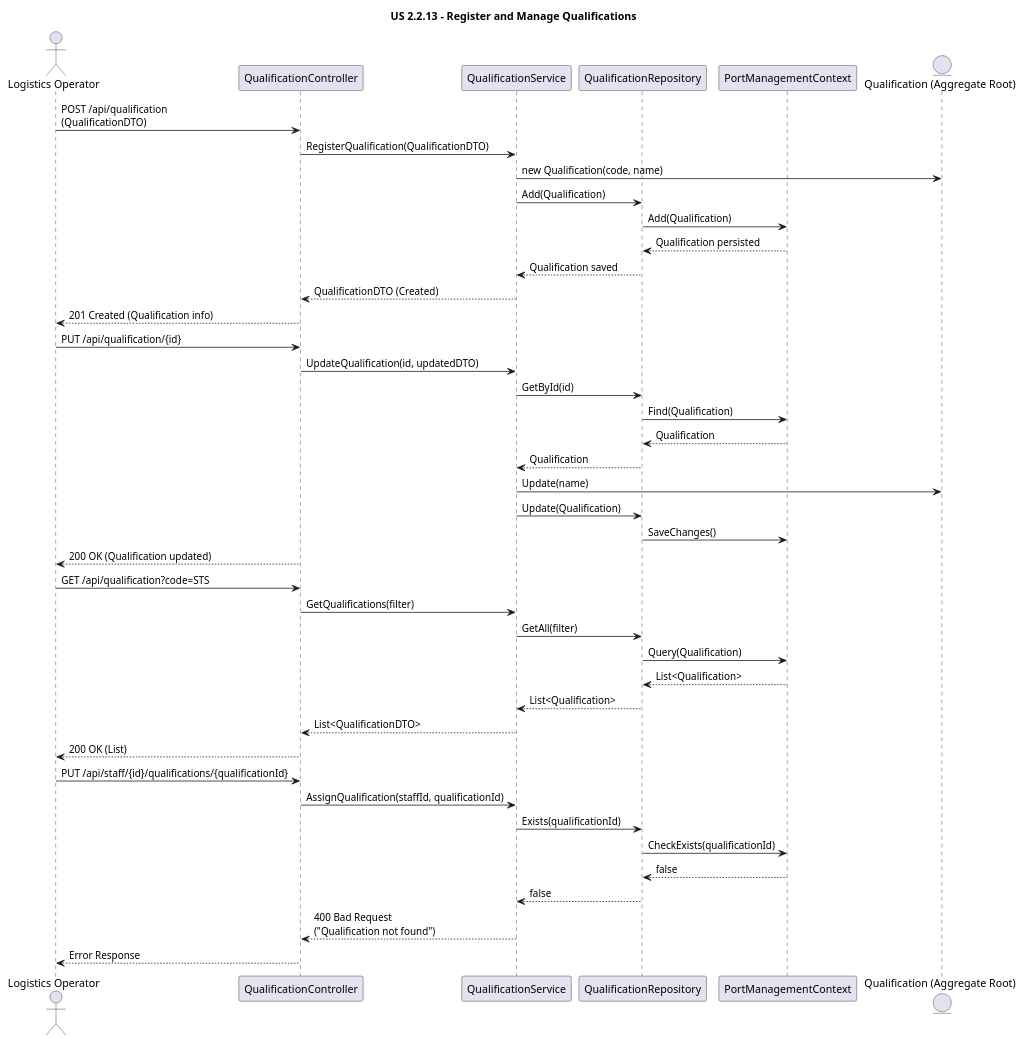
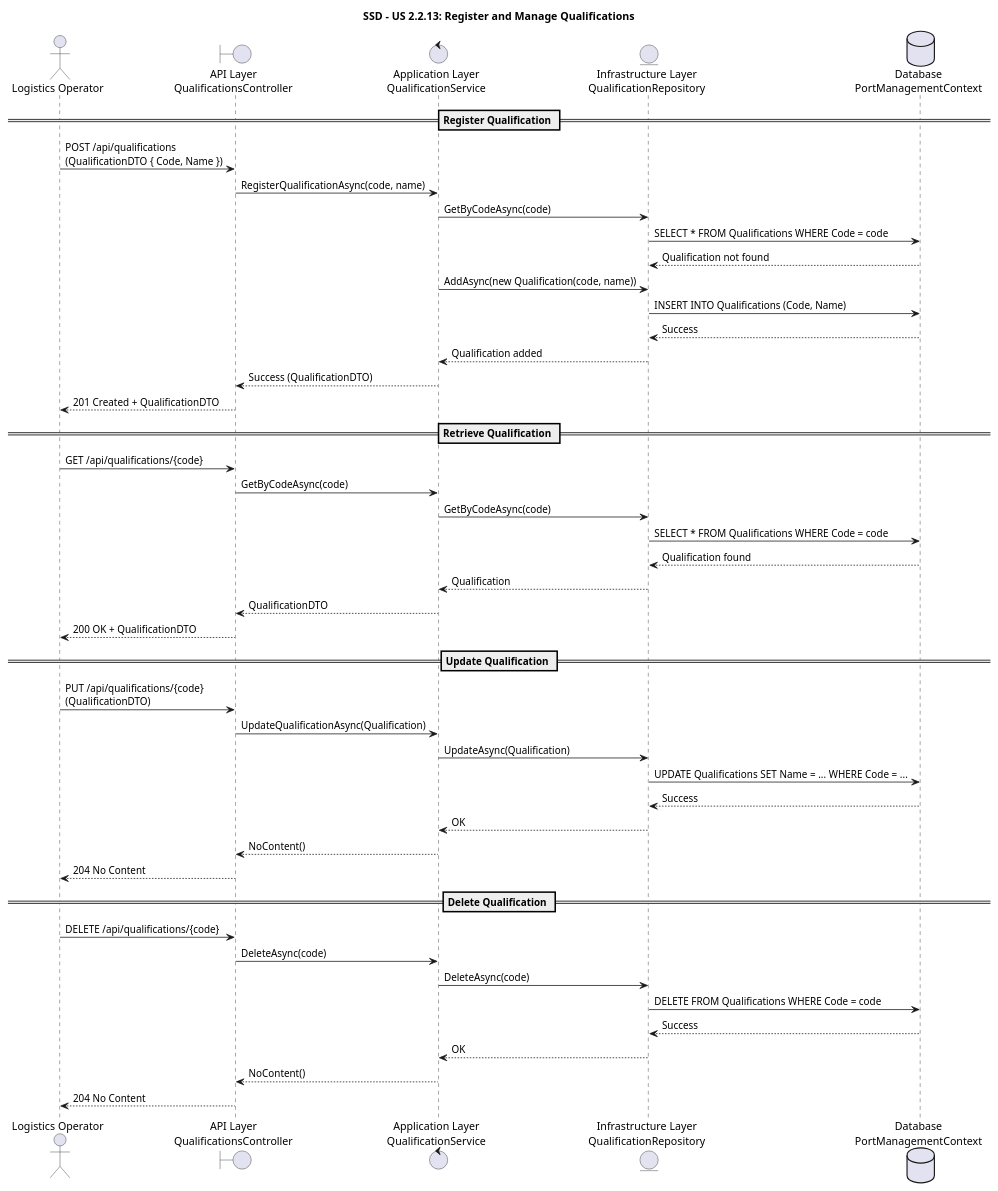
The diagram in docs/US 2.2.13/Sequence Diagram – US 2.2.13.puml (igor-coutinho22/Port_Management_System), drawn with PlantUML before and after one commit. The commit also changed 8 other files, not shown here.

```diff
--- a/docs/US 2.2.13/Sequence Diagram – US 2.2.13.puml
+++ b/docs/US 2.2.13/Sequence Diagram – US 2.2.13.puml
@@ -1,56 +1,52 @@
 @startuml
-title US 2.2.13 – Register and Manage Qualifications
+title SSD - US 2.2.13: Register and Manage Qualifications
 
-actor "Logistics Operator" as User
+actor "Logistics Operator" as Operator
+boundary "API Layer\nQualificationsController" as API
+control "Application Layer\nQualificationService" as Service
+entity "Infrastructure Layer\nQualificationRepository" as Repo
+database "Database\nPortManagementContext" as DB
 
-' === Layers ===
-participant "QualificationController" as Controller
-participant "QualificationService" as Service
-participant "QualificationRepository" as Repository
-participant "PortManagementContext" as DbContext
-entity "Qualification (Aggregate Root)" as Qualification
+== Register Qualification ==
+Operator -> API : POST /api/qualifications\n(QualificationDTO { Code, Name })
+API -> Service : RegisterQualificationAsync(code, name)
+Service -> Repo : GetByCodeAsync(code)
+Repo -> DB : SELECT * FROM Qualifications WHERE Code = code
+DB --> Repo : Qualification not found
+Service -> Repo : AddAsync(new Qualification(code, name))
+Repo -> DB : INSERT INTO Qualifications (Code, Name)
+DB --> Repo : Success
+Repo --> Service : Qualification added
+Service --> API : Success (QualificationDTO)
+API --> Operator : 201 Created + QualificationDTO
 
-' === Register a new Qualification ===
-User -> Controller : POST /api/qualification\n(QualificationDTO)
-Controller -> Service : RegisterQualification(QualificationDTO)
-Service -> Qualification : new Qualification(code, name)
-Service -> Repository : Add(Qualification)
-Repository -> DbContext : Add(Qualification)
-DbContext --> Repository : Qualification persisted
-Repository --> Service : Qualification saved
-Service --> Controller : QualificationDTO (Created)
-Controller --> User : 201 Created (Qualification info)
+== Retrieve Qualification ==
+Operator -> API : GET /api/qualifications/{code}
+API -> Service : GetByCodeAsync(code)
+Service -> Repo : GetByCodeAsync(code)
+Repo -> DB : SELECT * FROM Qualifications WHERE Code = code
+DB --> Repo : Qualification found
+Repo --> Service : Qualification
+Service --> API : QualificationDTO
+API --> Operator : 200 OK + QualificationDTO
 
-' === Update an existing Qualification ===
-User -> Controller : PUT /api/qualification/{id}
-Controller -> Service : UpdateQualification(id, updatedDTO)
-Service -> Repository : GetById(id)
-Repository -> DbContext : Find(Qualification)
-DbContext --> Repository : Qualification
-Repository --> Service : Qualification
-Service -> Qualification : Update(name)
-Service -> Repository : Update(Qualification)
-Repository -> DbContext : SaveChanges()
-Controller --> User : 200 OK (Qualification updated)
+== Update Qualification ==
+Operator -> API : PUT /api/qualifications/{code}\n(QualificationDTO)
+API -> Service : UpdateQualificationAsync(Qualification)
+Service -> Repo : UpdateAsync(Qualification)
+Repo -> DB : UPDATE Qualifications SET Name = ... WHERE Code = ...
+DB --> Repo : Success
+Repo --> Service : OK
+Service --> API : NoContent()
+API --> Operator : 204 No Content
 
-' === Search qualifications ===
-User -> Controller : GET /api/qualification?code=STS
-Controller -> Service : GetQualifications(filter)
-Service -> Repository : GetAll(filter)
-Repository -> DbContext : Query(Qualification)
-DbContext --> Repository : List<Qualification>
-Repository --> Service : List<Qualification>
-Service --> Controller : List<QualificationDTO>
-Controller --> User : 200 OK (List)
-
-' === Attempt to assign a non-existent qualification (validation example) ===
-User -> Controller : PUT /api/staff/{id}/qualifications/{qualificationId}
-Controller -> Service : AssignQualification(staffId, qualificationId)
-Service -> Repository : Exists(qualificationId)
-Repository -> DbContext : CheckExists(qualificationId)
-DbContext --> Repository : false
-Repository --> Service : false
-Service --> Controller : 400 Bad Request\n("Qualification not found")
-Controller --> User : Error Response
-
+== Delete Qualification ==
+Operator -> API : DELETE /api/qualifications/{code}
+API -> Service : DeleteAsync(code)
+Service -> Repo : DeleteAsync(code)
+Repo -> DB : DELETE FROM Qualifications WHERE Code = code
+DB --> Repo : Success
+Repo --> Service : OK
+Service --> API : NoContent()
+API --> Operator : 204 No Content
 @enduml
```
